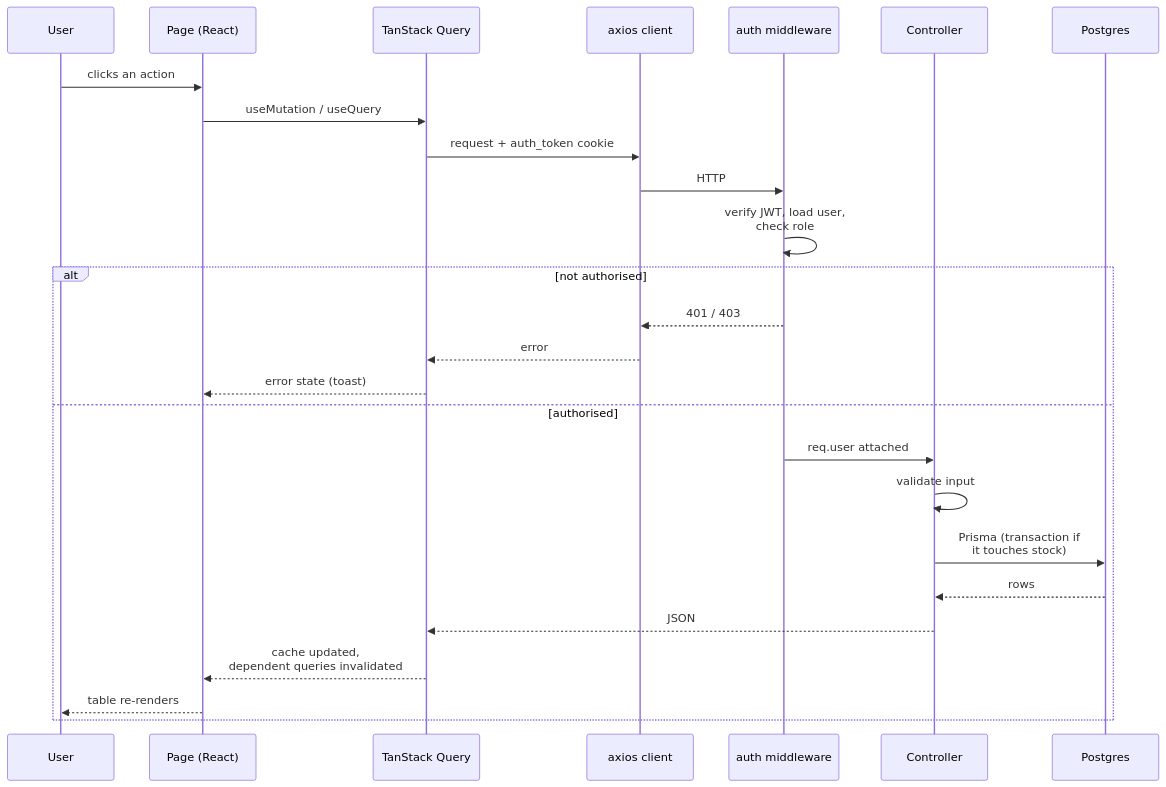
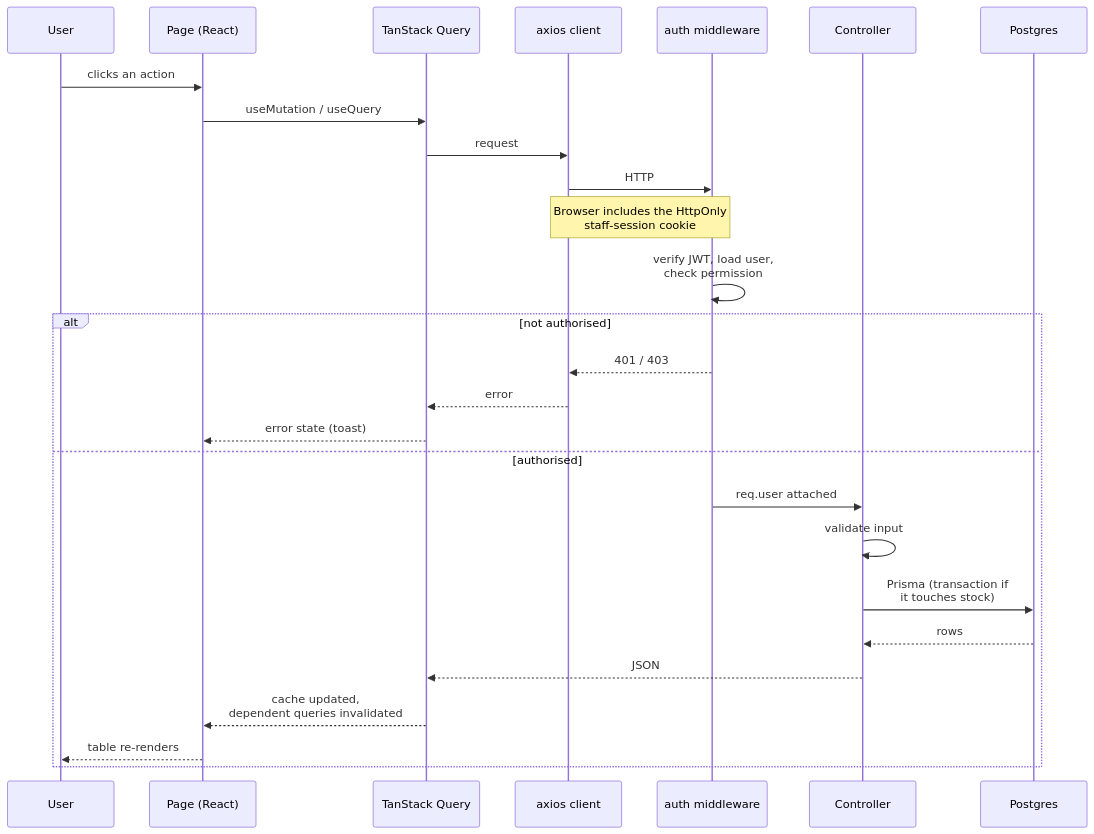
One commit to akashdewanganIG/ralli-wolf changed the third of 11 diagrams in docs/ARCHITECTURE.md. Above: the diagram before and after it, drawn with Mermaid. The commit also changed other lines of this file and 767 other files, not shown here.

````diff
--- a/docs/ARCHITECTURE.md
+++ b/docs/ARCHITECTURE.md
@@ -108,29 +108,30 @@
 ```mermaid
 sequenceDiagram
     participant U as User
     participant P as Page (React)
     participant Q as TanStack Query
     participant C as axios client
     participant M as auth middleware
     participant CT as Controller
     participant DB as Postgres
 
     U->>P: clicks an action
     P->>Q: useMutation / useQuery
-    Q->>C: request + auth_token cookie
+    Q->>C: request
     C->>M: HTTP
-    M->>M: verify JWT, load user,<br/>check role
+    Note over C,M: Browser includes the HttpOnly<br/>staff-session cookie
+    M->>M: verify JWT, load user,<br/>check permission
     alt not authorised
         M-->>C: 401 / 403
         C-->>Q: error
         Q-->>P: error state (toast)
     else authorised
         M->>CT: req.user attached
         CT->>CT: validate input
         CT->>DB: Prisma (transaction if<br/>it touches stock)
         DB-->>CT: rows
         CT-->>Q: JSON
         Q-->>P: cache updated,<br/>dependent queries invalidated
         P-->>U: table re-renders
     end
 ```
````
